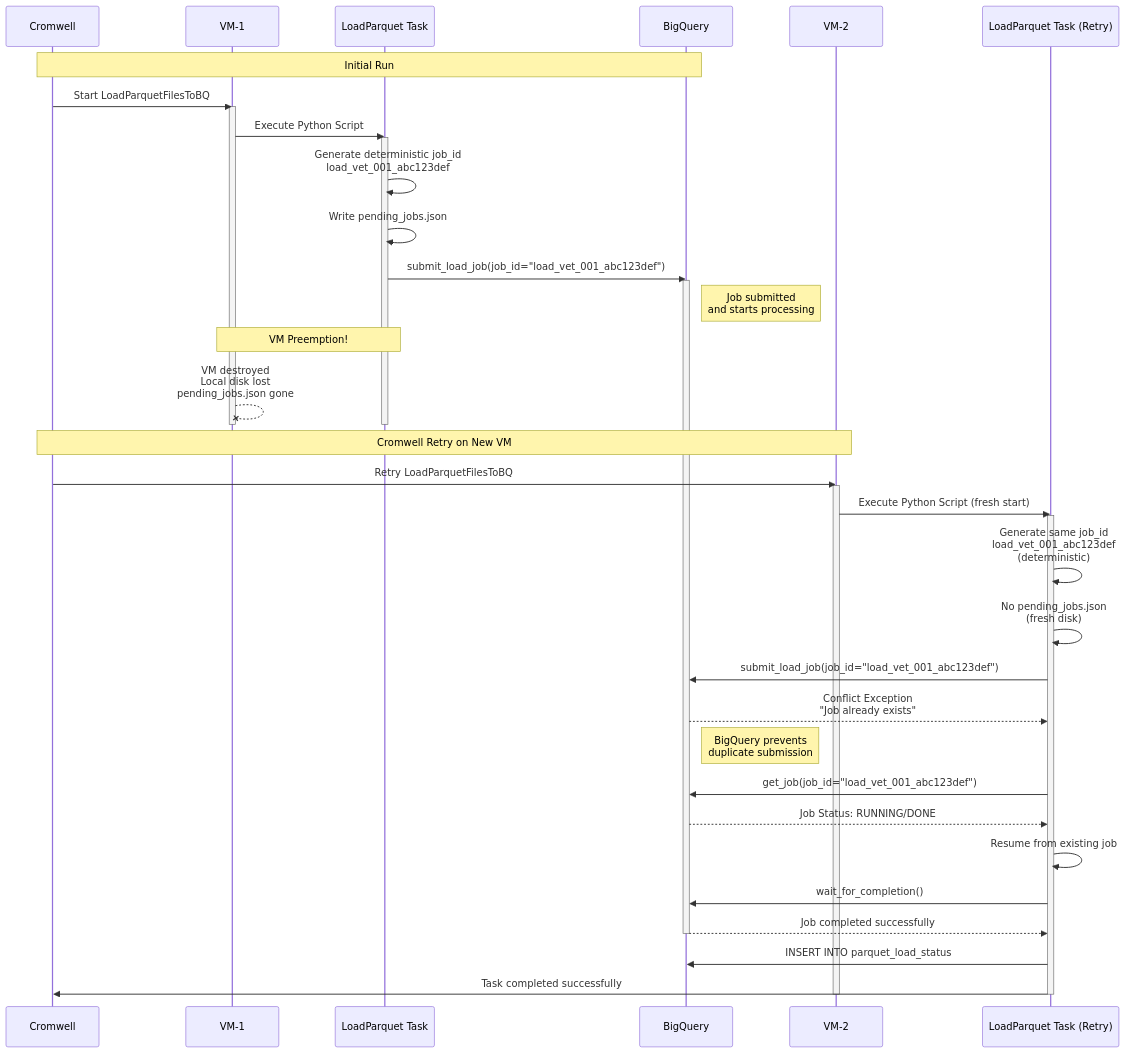
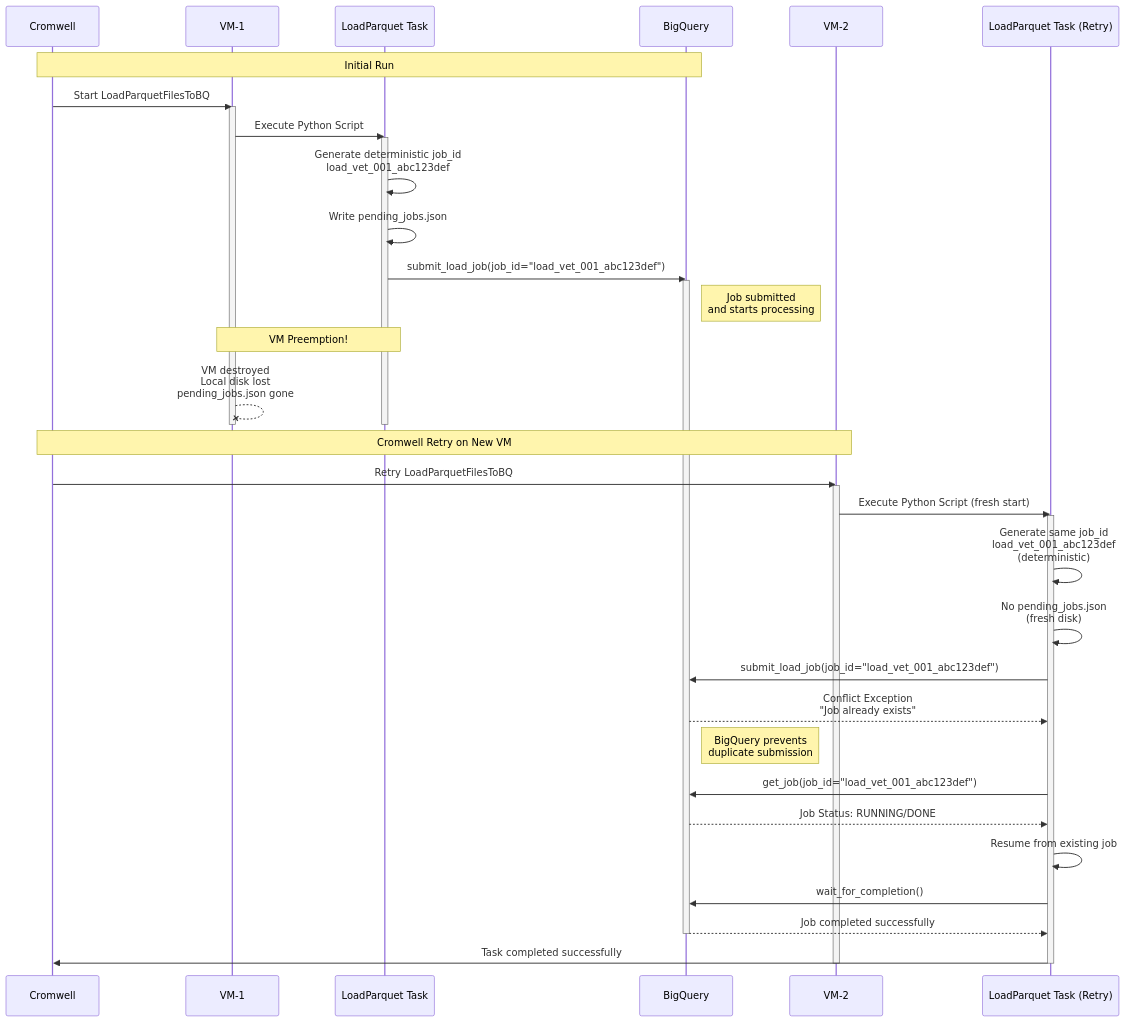
The third of 5 diagrams in scripts/variantstore/docs/parquet/parquet_loading_fault_tolerance_uml.md (broadinstitute/gatk), drawn with Mermaid before and after one commit. The commit also changed other lines of this file and 10 other files, not shown here.

Commit message:
Do away with `parquet_load_status` table [VS-1829]

````diff
--- a/scripts/variantstore/docs/parquet/parquet_loading_fault_tolerance_uml.md
+++ b/scripts/variantstore/docs/parquet/parquet_loading_fault_tolerance_uml.md
@@ -145,51 +136,50 @@
 ```mermaid
 sequenceDiagram
     participant C as Cromwell
     participant V1 as VM-1
     participant L1 as LoadParquet Task
     participant BQ as BigQuery
     participant V2 as VM-2
     participant L2 as LoadParquet Task (Retry)
 
     Note over C,BQ: Initial Run
     C->>V1: Start LoadParquetFilesToBQ
     activate V1
     V1->>L1: Execute Python Script
     activate L1
     
     L1->>L1: Generate deterministic job_id<br/>load_vet_001_abc123def
     L1->>L1: Write pending_jobs.json
     L1->>BQ: submit_load_job(job_id="load_vet_001_abc123def")
     activate BQ
     Note right of BQ: Job submitted<br/>and starts processing
     
     Note over V1,L1: VM Preemption!
     V1--xV1: VM destroyed<br/>Local disk lost<br/>pending_jobs.json gone
     deactivate L1
     deactivate V1
     
     Note over C,V2: Cromwell Retry on New VM
     C->>V2: Retry LoadParquetFilesToBQ
     activate V2
     V2->>L2: Execute Python Script (fresh start)
     activate L2
     
     L2->>L2: Generate same job_id<br/>load_vet_001_abc123def<br/>(deterministic)
     L2->>L2: No pending_jobs.json<br/>(fresh disk)
     
     L2->>BQ: submit_load_job(job_id="load_vet_001_abc123def")
     BQ-->>L2: Conflict Exception<br/>"Job already exists"
     Note right of BQ: BigQuery prevents<br/>duplicate submission
     
     L2->>BQ: get_job(job_id="load_vet_001_abc123def")
     BQ-->>L2: Job Status: RUNNING/DONE
     L2->>L2: Resume from existing job
     L2->>BQ: wait_for_completion()
     BQ-->>L2: Job completed successfully
     deactivate BQ
     
-    L2->>BQ: INSERT INTO parquet_load_status
     L2->>C: Task completed successfully
     deactivate L2
     deactivate V2
 ```
````
